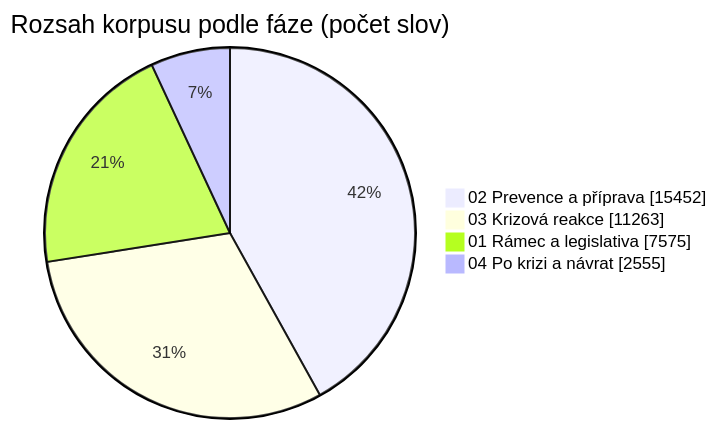
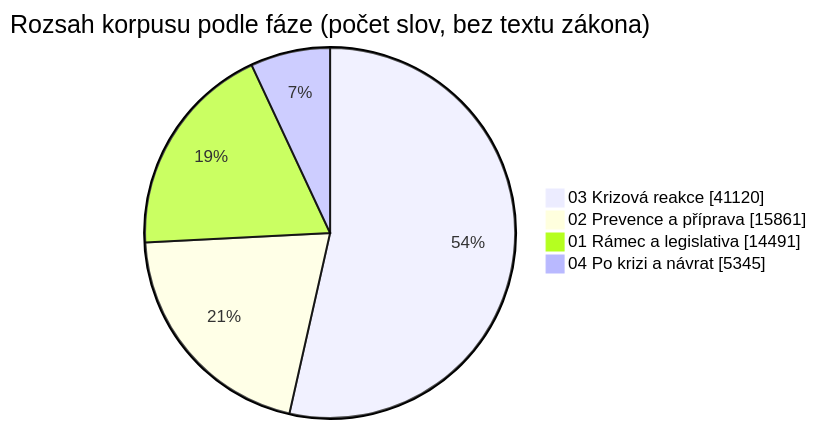
One commit to aidetemcz/bezpecna-skola changed the third of 3 diagrams in dokumentace/provazanost-dat.md. Above: the diagram before and after it, drawn with Mermaid. The commit also changed other lines of this file and 98 other files, not shown here.

````diff
--- a/dokumentace/provazanost-dat.md
+++ b/dokumentace/provazanost-dat.md
@@ -156,7 +163,7 @@
 ```mermaid
-pie showData title Rozsah korpusu podle fáze (počet slov)
-    "02 Prevence a příprava" : 15452
-    "03 Krizová reakce" : 11263
-    "01 Rámec a legislativa" : 7575
-    "04 Po krizi a návrat" : 2555
+pie showData title Rozsah korpusu podle fáze (počet slov, bez textu zákona)
+    "03 Krizová reakce" : 41120
+    "02 Prevence a příprava" : 15861
+    "01 Rámec a legislativa" : 14491
+    "04 Po krizi a návrat" : 5345
 ```
````
